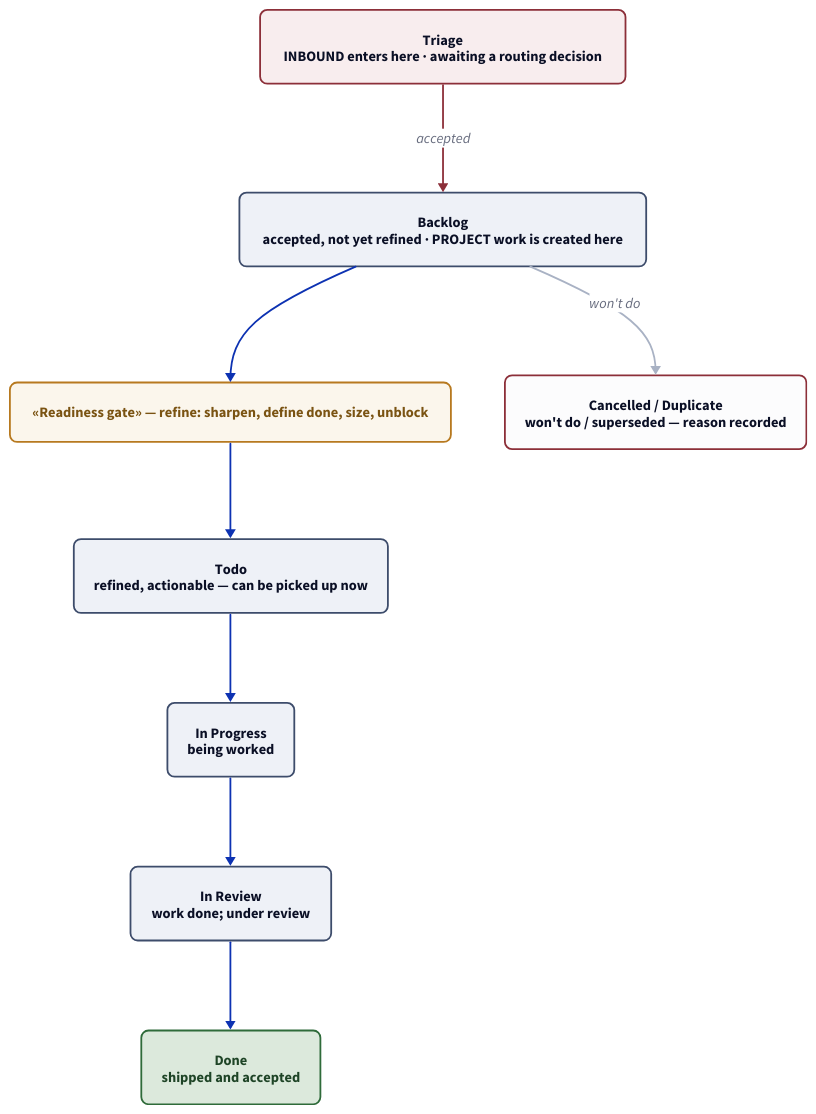
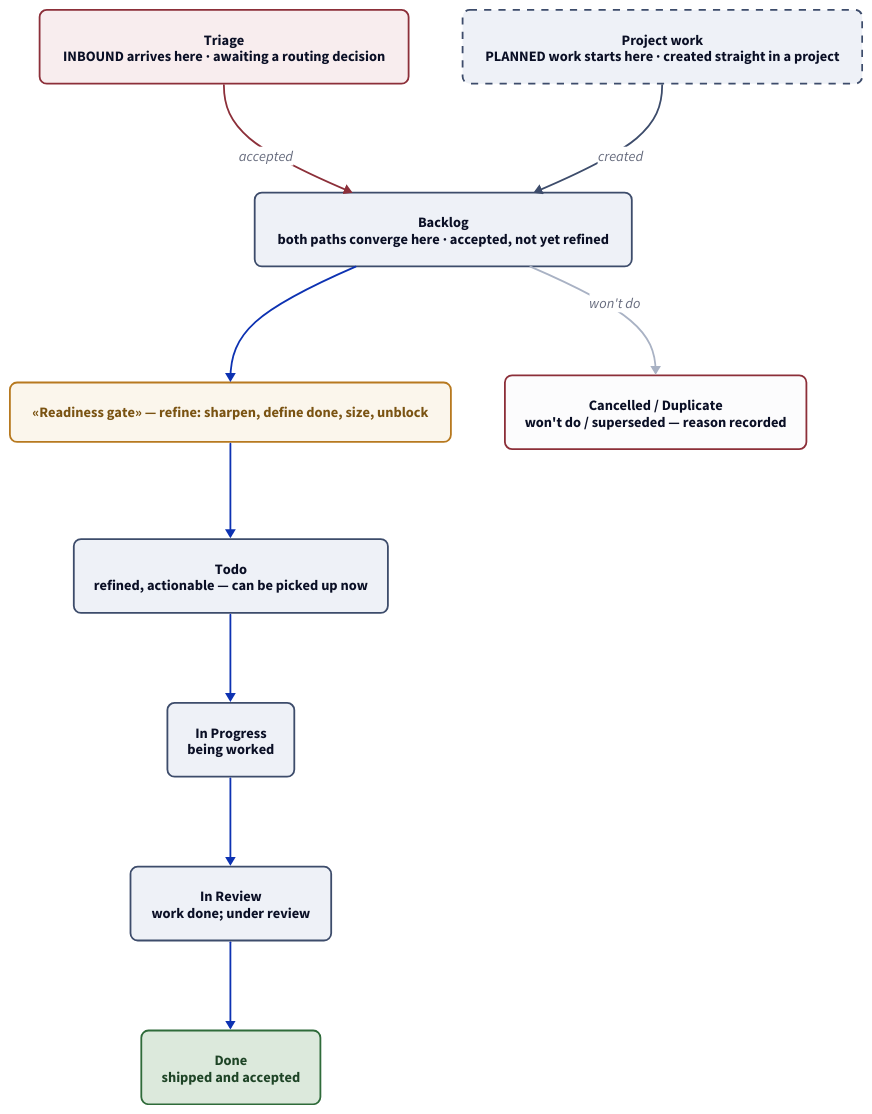
The diagram in docs/diagrams/issue-lifecycle.d2 (hungovercoders/linear-work-management), drawn with D2 before and after one commit.

Commit message:
docs(issues): add project-work entry box to the lifecycle diagram
Both paths now visibly converge on Backlog: Triage (inbound, a state) and
Project work (planned, dashed to mark it an entry not a state) each flow
in. Replaces the implicit 'project work created here' label on Backlog.

````diff
--- a/docs/diagrams/issue-lifecycle.d2
+++ b/docs/diagrams/issue-lifecycle.d2
@@ -1,47 +1,53 @@
 # Issue lifecycle: how one issue moves from arrival to done.
 # Rendered inline on the Issues overview page via Kroki (```kroki-d2```).
 # Companion to project-lifecycle.d2. Flat + acyclic so the layout stays a clean vertical spine.
 # Triage's five outcomes live on the Triage page (triage-outcomes.d2), not here.
 
 direction: down
 
-# ---- entry: inbound arrives at Triage ----
-triage: "Triage\nINBOUND enters here · awaiting a routing decision" {
+# ---- two entry points, converging on Backlog ----
+# Triage is a state (inbound waits here for a decision); Project work is not a
+# state, just where planned work enters — shown dashed to mark it an entry, not a state.
+triage: "Triage\nINBOUND arrives here · awaiting a routing decision" {
   style: {fill: "#F8EDEE"; stroke: "#8C2F39"; border-radius: 8; bold: true}
 }
+projectwork: "Project work\nPLANNED work starts here · created straight in a project" {
+  style: {fill: "#EEF1F7"; stroke: "#3D4C6B"; stroke-dash: 4; border-radius: 8; bold: true}
+}
 
-# ---- backlog: project work is created here ----
-backlog: "Backlog\naccepted, not yet refined · PROJECT work is created here" {
+# ---- backlog: where both paths converge ----
+backlog: "Backlog\nboth paths converge here · accepted, not yet refined" {
   style: {fill: "#EEF1F7"; stroke: "#3D4C6B"; border-radius: 8; bold: true}
 }
 
 # ---- the readiness gate ----
 gate: "«Readiness gate» — refine: sharpen, define done, size, unblock" {
   style: {fill: "#FBF6EC"; stroke: "#B7791F"; border-radius: 8; bold: true; font-color: "#7A5312"}
 }
 
 # ---- ready and moving ----
 todo: "Todo\nrefined, actionable — can be picked up now" {
   style: {fill: "#EEF1F7"; stroke: "#3D4C6B"; border-radius: 8; bold: true}
 }
 inprogress: "In Progress\nbeing worked" {
   style: {fill: "#EEF1F7"; stroke: "#3D4C6B"; border-radius: 8; bold: true}
 }
 inreview: "In Review\nwork done; under review" {
   style: {fill: "#EEF1F7"; stroke: "#3D4C6B"; border-radius: 8; bold: true}
 }
 
 # ---- closed ----
 done: "Done\nshipped and accepted" {
   style: {fill: "#DCE9DC"; stroke: "#2F6B3A"; border-radius: 8; bold: true; font-color: "#1E4426"}
 }
 dropped: "Cancelled / Duplicate\nwon't do / superseded — reason recorded" {
   style: {fill: "#FCFCFD"; stroke: "#8C2F39"; border-radius: 8}
 }
 
 # ---- the spine (acyclic, top-to-bottom) ----
 triage -> backlog: accepted {style.stroke: "#8C2F39"}
+projectwork -> backlog: created {style.stroke: "#3D4C6B"}
 backlog -> gate
 gate -> todo
 todo -> inprogress -> inreview -> done
 backlog -> dropped: won't do {style.stroke: "#A9B2C4"}
````
